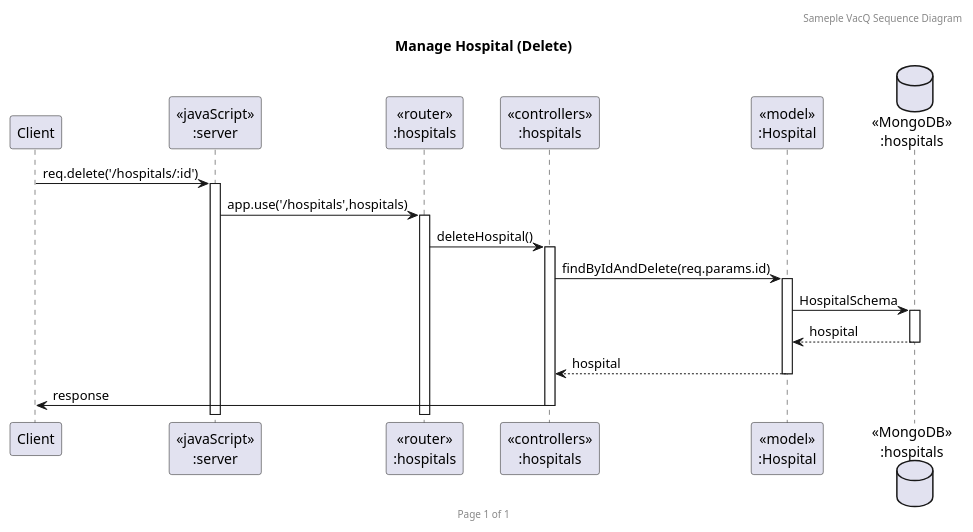
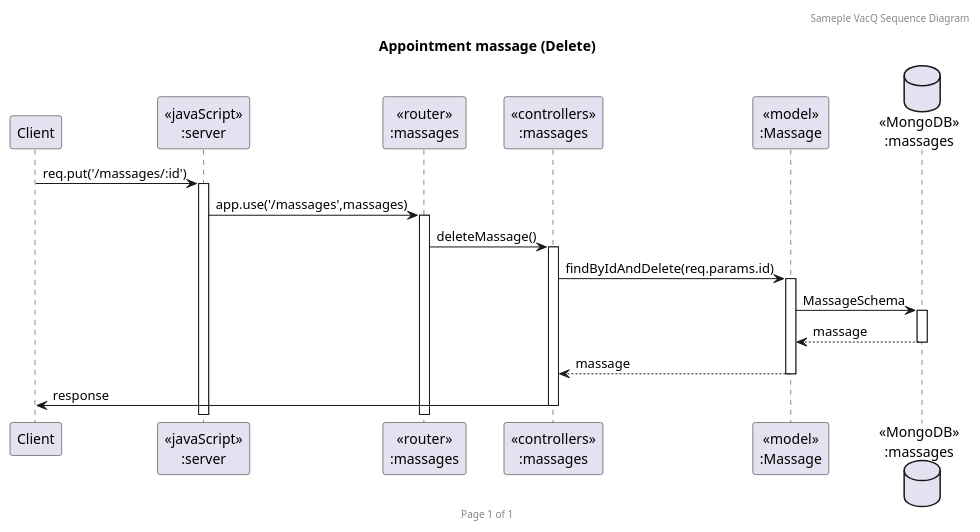
One commit to 2110503TACEDT66/presentation-day-1-samsaomidnight changed the diagram in PlantUml/delete.puml. Above: the diagram before and after it, drawn with PlantUML. The commit also changed other lines of this file and 4 other files, not shown here.

Commit message:
Appointment UML done

```diff
--- a/PlantUml/delete.puml
+++ b/PlantUml/delete.puml
@@ -1,23 +2,23 @@
-@startuml Manage Hospital (Delete)
+@startuml Appointment massage (Delete)
 
 header Sameple VacQ Sequence Diagram
 footer Page %page% of %lastpage%
-title "Manage Hospital (Delete)"
+title "Appointment massage (Delete)"
 
 participant "Client" as client
 participant "<<javaScript>>\n:server" as server
-participant "<<router>>\n:hospitals" as routerHospitals
-participant "<<controllers>>\n:hospitals" as controllersHospitals
-participant "<<model>>\n:Hospital" as modelHospital
-database "<<MongoDB>>\n:hospitals" as HospitalsDatabase
+participant "<<router>>\n:massages" as routerMassages
+participant "<<controllers>>\n:massages" as controllersMassages
+participant "<<model>>\n:Massage" as modelMassage
+database "<<MongoDB>>\n:massages" as MassagesDatabase
 
-client->server ++:req.delete('/hospitals/:id')
-server->routerHospitals ++:app.use('/hospitals',hospitals)
-routerHospitals -> controllersHospitals ++:deleteHospital()
-controllersHospitals->modelHospital ++:findByIdAndDelete(req.params.id)
-modelHospital ->HospitalsDatabase ++: HospitalSchema
-HospitalsDatabase --> modelHospital --: hospital
-controllersHospitals <-- modelHospital --:hospital
-controllersHospitals->client --:response
+client->server ++:req.put('/massages/:id')
+server->routerMassages ++:app.use('/massages',massages)
+routerMassages -> controllersMassages ++:deleteMassage()
+controllersMassages->modelMassage ++:findByIdAndDelete(req.params.id)
+modelMassage ->MassagesDatabase ++: MassageSchema
+MassagesDatabase --> modelMassage --: massage
+controllersMassages <-- modelMassage --:massage
+controllersMassages->client --:response
 
 @enduml
```
